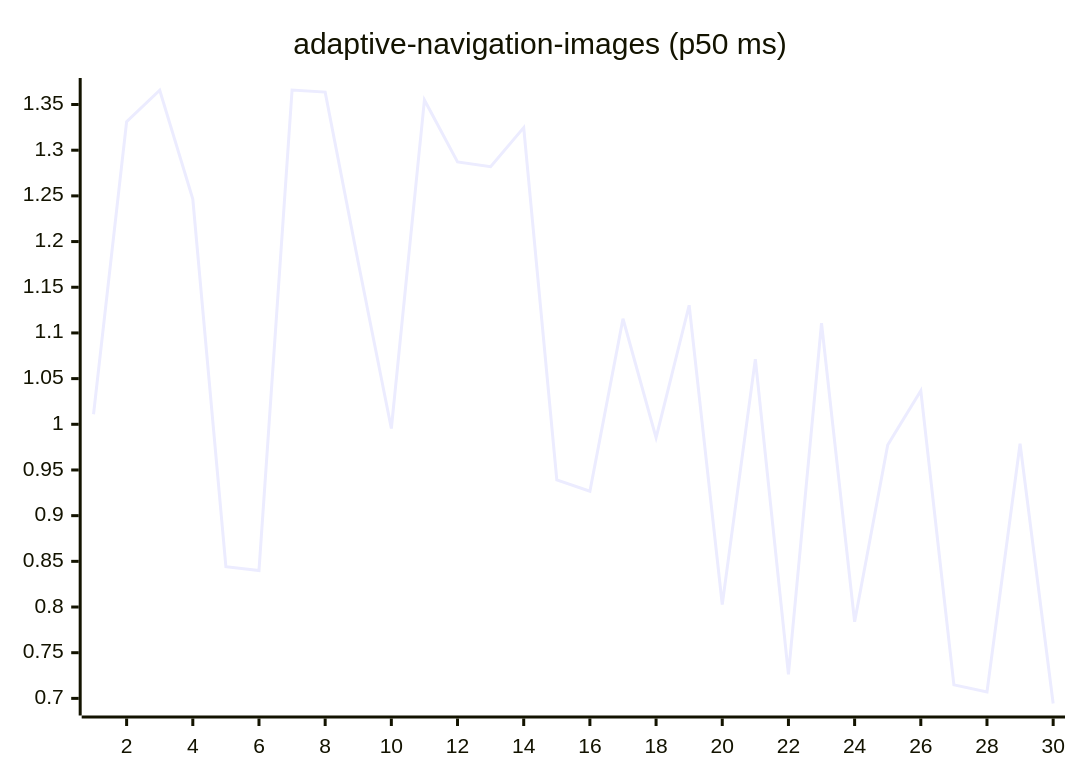
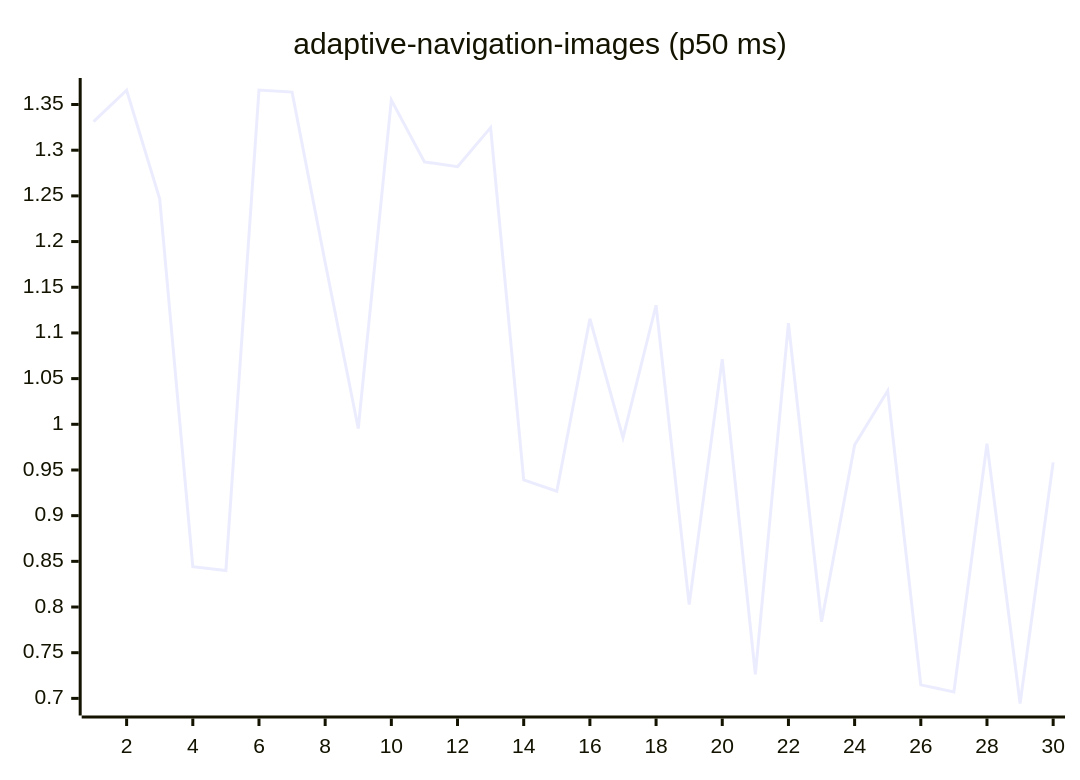
Before and after one commit to josha/Facet: the first of 27 diagrams in README.md, drawn with Mermaid. The commit also changed other lines of this file and 2 other files, not shown here.

````diff
--- a/README.md
+++ b/README.md
@@ -63,6 +63,6 @@
 ```mermaid
 xychart-beta
     title "adaptive-navigation-images (p50 ms)"
     x-axis 1 --> 30
-    line [1.0110, 1.3313, 1.3656, 1.2466, 0.8441, 0.8400, 1.3659, 1.3636, 1.1770, 0.9954, 1.3550, 1.2872, 1.2820, 1.3247, 0.9391, 0.9267, 1.1155, 0.9853, 1.1303, 0.8026, 1.0713, 0.7263, 1.1106, 0.7839, 0.9774, 1.0368, 0.7148, 0.7071, 0.9787, 0.6944]
+    line [1.3313, 1.3656, 1.2466, 0.8441, 0.8400, 1.3659, 1.3636, 1.1770, 0.9954, 1.3550, 1.2872, 1.2820, 1.3247, 0.9391, 0.9267, 1.1155, 0.9853, 1.1303, 0.8026, 1.0713, 0.7263, 1.1106, 0.7839, 0.9774, 1.0368, 0.7148, 0.7071, 0.9787, 0.6944, 0.9583]
 ```
````
